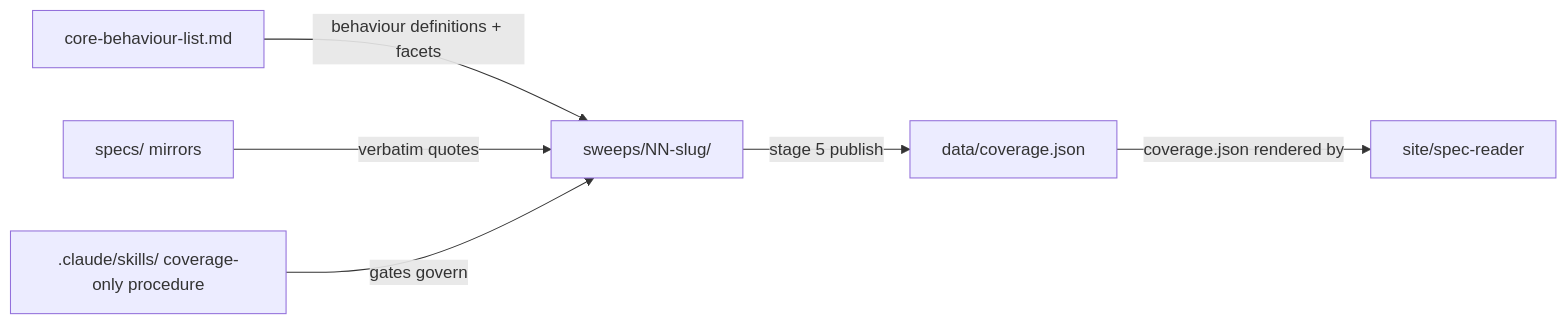
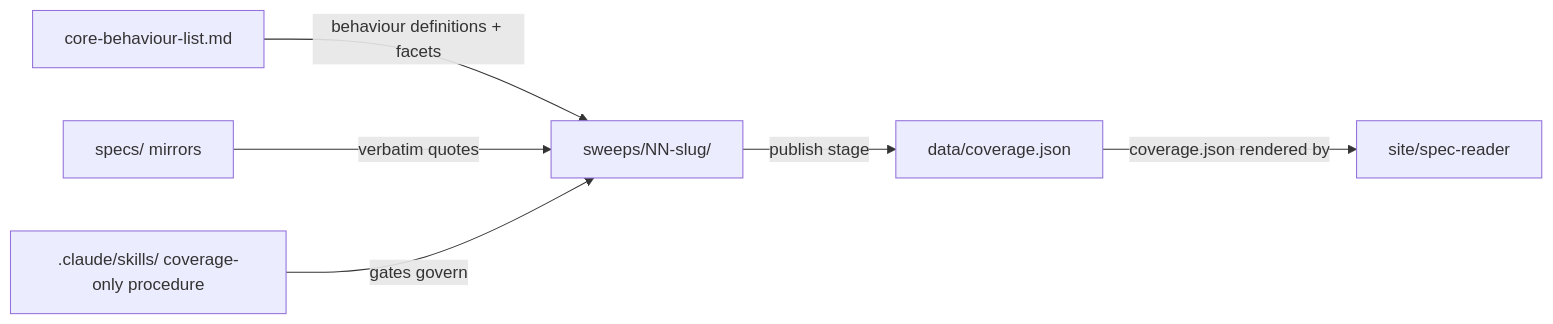
The diagram in research/OVERVIEW.md (AndresCotton/ai-character-index), drawn with Mermaid before and after one commit. The commit also changed other lines of this file and 36 other files, not shown here.

````diff
--- a/research/OVERVIEW.md
+++ b/research/OVERVIEW.md
@@ -22,8 +22,8 @@
 ```mermaid
 graph LR
   CBL["core-behaviour-list.md"] -->|behaviour definitions + facets| SW["sweeps/NN-slug/"]
   SPECS["specs/ mirrors"] -->|verbatim quotes| SW
   SK[".claude/skills/ coverage-only procedure"] -->|gates govern| SW
-  SW -->|"stage 5 publish"| DATA["data/coverage.json"]
+  SW -->|"publish stage"| DATA["data/coverage.json"]
   DATA -->|"coverage.json rendered by"| SITE["site/spec-reader"]
 ```
````
